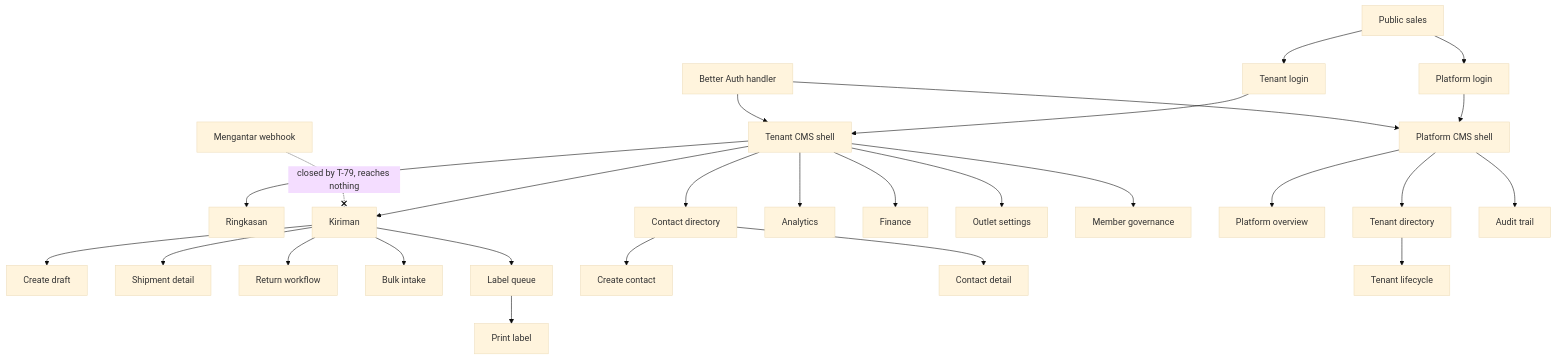
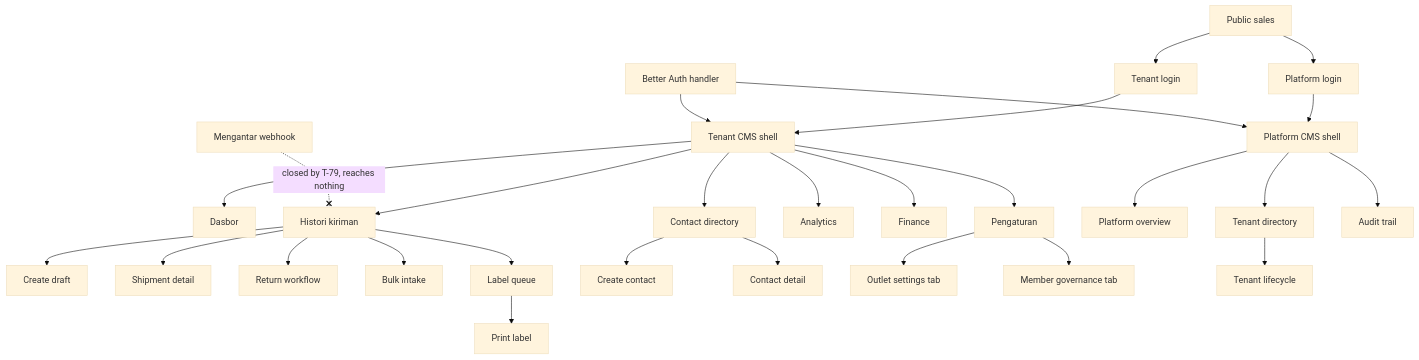
The diagram in docs/spec/18-AI-ROUTE-MAP.md (ongkipro/geraicuan), drawn with Mermaid (base theme) before and after one commit. The commit also changed other lines of this file and 157 other files, not shown here.

````diff
--- a/docs/spec/18-AI-ROUTE-MAP.md
+++ b/docs/spec/18-AI-ROUTE-MAP.md
@@ -58,32 +61,33 @@
 ```mermaid
 flowchart TD
     Root[Public sales] --> TenantLogin[Tenant login]
     Root --> PlatformLogin[Platform login]
 
     TenantLogin --> TenantShell[Tenant CMS shell]
-    TenantShell --> Summary[Ringkasan]
-    TenantShell --> Shipments[Kiriman]
+    TenantShell --> Summary[Dasbor]
+    TenantShell --> Shipments[Histori kiriman]
     Shipments --> NewShipment[Create draft]
     Shipments --> ShipmentDetail[Shipment detail]
     Shipments --> Rts[Return workflow]
     Shipments --> Bulk[Bulk intake]
     Shipments --> Labels[Label queue]
     Labels --> LabelDetail[Print label]
     TenantShell --> Contacts[Contact directory]
     Contacts --> NewContact[Create contact]
     Contacts --> ContactDetail[Contact detail]
     TenantShell --> Analytics[Analytics]
     TenantShell --> Finance[Finance]
-    TenantShell --> Settings[Outlet settings]
-    TenantShell --> Members[Member governance]
+    TenantShell --> Settings[Pengaturan]
+    Settings --> OutletSettings[Outlet settings tab]
+    Settings --> Members[Member governance tab]
 
     PlatformLogin --> PlatformShell[Platform CMS shell]
     PlatformShell --> PlatformSummary[Platform overview]
     PlatformShell --> TenantList[Tenant directory]
     TenantList --> TenantDetail[Tenant lifecycle]
     PlatformShell --> Audit[Audit trail]
 
     AuthHandler[Better Auth handler] --> TenantShell
     AuthHandler --> PlatformShell
     Webhook[Mengantar webhook] -. closed by T-79, reaches nothing .-x Shipments
 ```
````
